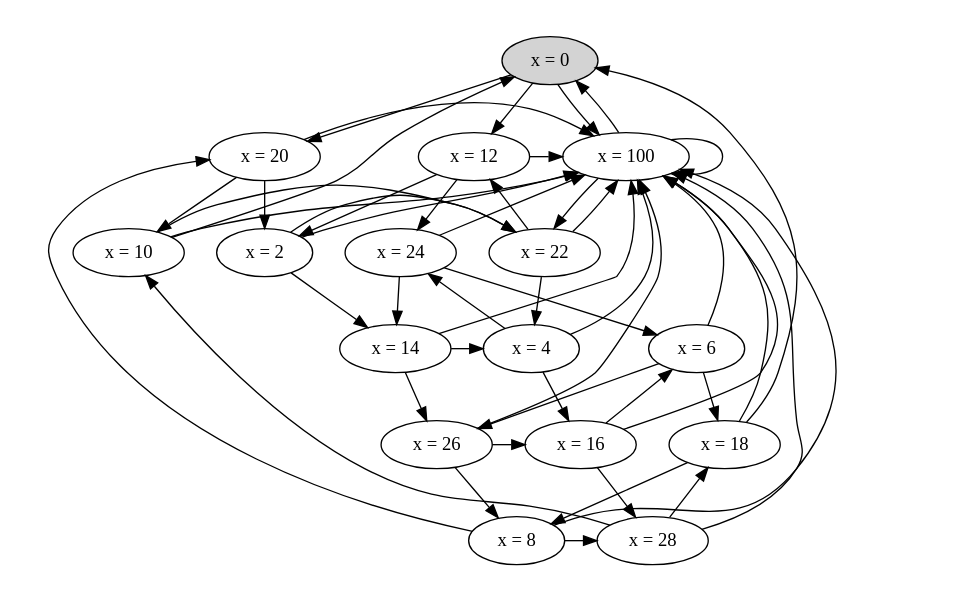
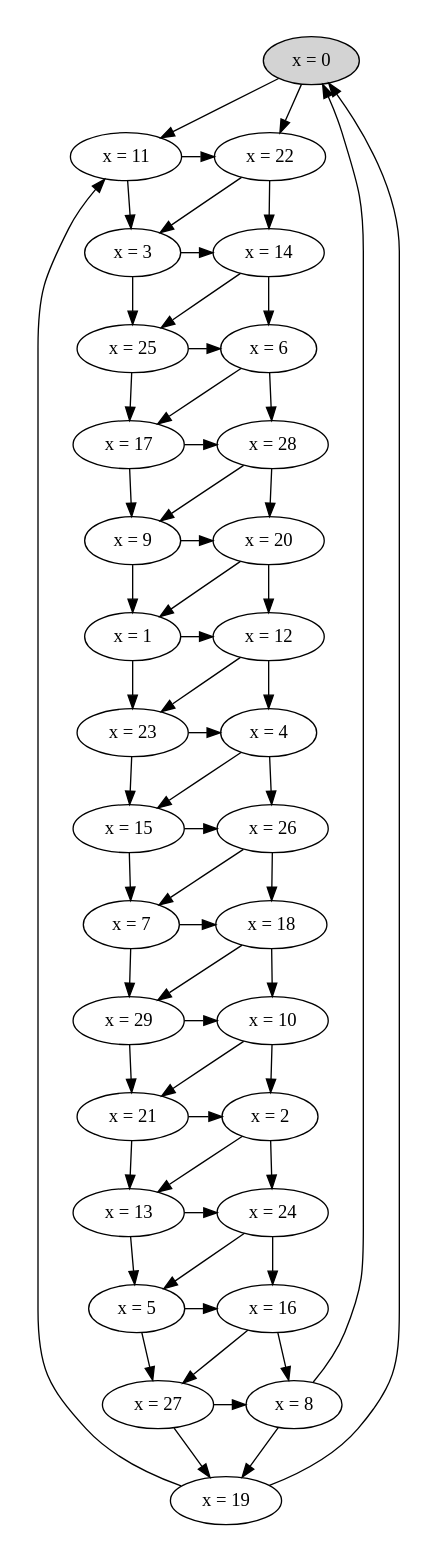
One commit to will62794/spectacle changed the diagram in specs/with_state_graphs/simple_definition2.tla.dot. Above: the diagram before and after it, drawn with Graphviz. The commit also changed 5 other files, not shown here.

```diff
--- a/specs/with_state_graphs/simple_definition2.tla.dot
+++ b/specs/with_state_graphs/simple_definition2.tla.dot
@@ -1,76 +1,112 @@
 strict digraph DiskGraph {
 nodesep=0.35;
 subgraph cluster_graph {
 color="white";
 8132692779957249086 [label="x = 0",style = filled]
-8132692779957249086 -> 2111930966873044657 [label="",color="black",fontcolor="black"];
-2111930966873044657 [label="x = 100"];
-8132692779957249086 -> -6708115964099867054 [label="",color="black",fontcolor="black"];
+8132692779957249086 -> -4569065269629828430 [label="",color="black",fontcolor="black"];
+-4569065269629828430 [label="x = 11"];
+8132692779957249086 -> 7508990605324043361 [label="",color="black",fontcolor="black"];
+7508990605324043361 [label="x = 22"];
+-4569065269629828430 -> 7508990605324043361 [label="",color="black",fontcolor="black"];
+-4569065269629828430 -> 7158667421841284535 [label="",color="black",fontcolor="black"];
+7158667421841284535 [label="x = 3"];
+7508990605324043361 -> 7158667421841284535 [label="",color="black",fontcolor="black"];
+7508990605324043361 -> -857411934903859159 [label="",color="black",fontcolor="black"];
+-857411934903859159 [label="x = 14"];
+7158667421841284535 -> -857411934903859159 [label="",color="black",fontcolor="black"];
+7158667421841284535 -> 3865938299181964236 [label="",color="black",fontcolor="black"];
+3865938299181964236 [label="x = 25"];
+-857411934903859159 -> 3865938299181964236 [label="",color="black",fontcolor="black"];
+-857411934903859159 -> 6329252015968950060 [label="",color="black",fontcolor="black"];
+6329252015968950060 [label="x = 6"];
+3865938299181964236 -> 6329252015968950060 [label="",color="black",fontcolor="black"];
+3865938299181964236 -> -7608467454147132215 [label="",color="black",fontcolor="black"];
+-7608467454147132215 [label="x = 17"];
+6329252015968950060 -> -7608467454147132215 [label="",color="black",fontcolor="black"];
+6329252015968950060 -> 83357677548360023 [label="",color="black",fontcolor="black"];
+83357677548360023 [label="x = 28"];
+-7608467454147132215 -> 83357677548360023 [label="",color="black",fontcolor="black"];
+-7608467454147132215 -> 740240026893633665 [label="",color="black",fontcolor="black"];
+740240026893633665 [label="x = 9"];
+83357677548360023 -> 740240026893633665 [label="",color="black",fontcolor="black"];
+83357677548360023 -> -6708115964099867054 [label="",color="black",fontcolor="black"];
 -6708115964099867054 [label="x = 20"];
-8132692779957249086 -> 4524828288577077786 [label="",color="black",fontcolor="black"];
+740240026893633665 -> -6708115964099867054 [label="",color="black",fontcolor="black"];
+740240026893633665 -> -6230161439325923452 [label="",color="black",fontcolor="black"];
+-6230161439325923452 [label="x = 1"];
+-6708115964099867054 -> -6230161439325923452 [label="",color="black",fontcolor="black"];
+-6708115964099867054 -> 4524828288577077786 [label="",color="black",fontcolor="black"];
 4524828288577077786 [label="x = 12"];
-2111930966873044657 -> 2111930966873044657 [label="",color="black",fontcolor="black"];
-2111930966873044657 -> 8132692779957249086 [label="",color="black",fontcolor="black"];
-2111930966873044657 -> 7508990605324043361 [label="",color="black",fontcolor="black"];
-7508990605324043361 [label="x = 22"];
--6708115964099867054 -> 2111930966873044657 [label="",color="black",fontcolor="black"];
--6708115964099867054 -> 1855569396714172680 [label="",color="black",fontcolor="black"];
+-6230161439325923452 -> 4524828288577077786 [label="",color="black",fontcolor="black"];
+-6230161439325923452 -> -5664843355636500517 [label="",color="black",fontcolor="black"];
+-5664843355636500517 [label="x = 23"];
+4524828288577077786 -> -5664843355636500517 [label="",color="black",fontcolor="black"];
+4524828288577077786 -> -7132380105738314465 [label="",color="black",fontcolor="black"];
+-7132380105738314465 [label="x = 4"];
+-5664843355636500517 -> -7132380105738314465 [label="",color="black",fontcolor="black"];
+-5664843355636500517 -> 3264821330489916307 [label="",color="black",fontcolor="black"];
+3264821330489916307 [label="x = 15"];
+-7132380105738314465 -> 3264821330489916307 [label="",color="black",fontcolor="black"];
+-7132380105738314465 -> 2748040814338712133 [label="",color="black",fontcolor="black"];
+2748040814338712133 [label="x = 26"];
+3264821330489916307 -> 2748040814338712133 [label="",color="black",fontcolor="black"];
+3264821330489916307 -> -8178219181039606634 [label="",color="black",fontcolor="black"];
+-8178219181039606634 [label="x = 7"];
+2748040814338712133 -> -8178219181039606634 [label="",color="black",fontcolor="black"];
+2748040814338712133 -> -8796416551377027776 [label="",color="black",fontcolor="black"];
+-8796416551377027776 [label="x = 18"];
+-8178219181039606634 -> -8796416551377027776 [label="",color="black",fontcolor="black"];
+-8178219181039606634 -> -2846555833137208595 [label="",color="black",fontcolor="black"];
+-2846555833137208595 [label="x = 29"];
+-8796416551377027776 -> -2846555833137208595 [label="",color="black",fontcolor="black"];
+-8796416551377027776 -> 1855569396714172680 [label="",color="black",fontcolor="black"];
 1855569396714172680 [label="x = 10"];
--6708115964099867054 -> -5039642576729477619 [label="",color="black",fontcolor="black"];
+-2846555833137208595 -> 1855569396714172680 [label="",color="black",fontcolor="black"];
+-2846555833137208595 -> 8912863093112667624 [label="",color="black",fontcolor="black"];
+8912863093112667624 [label="x = 21"];
+1855569396714172680 -> 8912863093112667624 [label="",color="black",fontcolor="black"];
+1855569396714172680 -> -5039642576729477619 [label="",color="black",fontcolor="black"];
 -5039642576729477619 [label="x = 2"];
-4524828288577077786 -> 2111930966873044657 [label="",color="black",fontcolor="black"];
-4524828288577077786 -> -5039642576729477619 [label="",color="black",fontcolor="black"];
-4524828288577077786 -> -1373114418567993226 [label="",color="black",fontcolor="black"];
+8912863093112667624 -> -5039642576729477619 [label="",color="black",fontcolor="black"];
+8912863093112667624 -> -1757443398872157792 [label="",color="black",fontcolor="black"];
+-1757443398872157792 [label="x = 13"];
+-5039642576729477619 -> -1757443398872157792 [label="",color="black",fontcolor="black"];
+-5039642576729477619 -> -1373114418567993226 [label="",color="black",fontcolor="black"];
 -1373114418567993226 [label="x = 24"];
-7508990605324043361 -> 2111930966873044657 [label="",color="black",fontcolor="black"];
-7508990605324043361 -> 4524828288577077786 [label="",color="black",fontcolor="black"];
-7508990605324043361 -> -7132380105738314465 [label="",color="black",fontcolor="black"];
--7132380105738314465 [label="x = 4"];
-1855569396714172680 -> 2111930966873044657 [label="",color="black",fontcolor="black"];
-1855569396714172680 -> 8132692779957249086 [label="",color="black",fontcolor="black"];
-1855569396714172680 -> 7508990605324043361 [label="",color="black",fontcolor="black"];
--5039642576729477619 -> 2111930966873044657 [label="",color="black",fontcolor="black"];
--5039642576729477619 -> 7508990605324043361 [label="",color="black",fontcolor="black"];
--5039642576729477619 -> -857411934903859159 [label="",color="black",fontcolor="black"];
--857411934903859159 [label="x = 14"];
--1373114418567993226 -> 2111930966873044657 [label="",color="black",fontcolor="black"];
--1373114418567993226 -> -857411934903859159 [label="",color="black",fontcolor="black"];
--1373114418567993226 -> 6329252015968950060 [label="",color="black",fontcolor="black"];
-6329252015968950060 [label="x = 6"];
--7132380105738314465 -> 2111930966873044657 [label="",color="black",fontcolor="black"];
--7132380105738314465 -> -1373114418567993226 [label="",color="black",fontcolor="black"];
--7132380105738314465 -> 5710123397395560307 [label="",color="black",fontcolor="black"];
+-1757443398872157792 -> -1373114418567993226 [label="",color="black",fontcolor="black"];
+-1757443398872157792 -> 4923445692854152869 [label="",color="black",fontcolor="black"];
+4923445692854152869 [label="x = 5"];
+-1373114418567993226 -> 4923445692854152869 [label="",color="black",fontcolor="black"];
+-1373114418567993226 -> 5710123397395560307 [label="",color="black",fontcolor="black"];
 5710123397395560307 [label="x = 16"];
--857411934903859159 -> 2111930966873044657 [label="",color="black",fontcolor="black"];
--857411934903859159 -> -7132380105738314465 [label="",color="black",fontcolor="black"];
--857411934903859159 -> 2748040814338712133 [label="",color="black",fontcolor="black"];
-2748040814338712133 [label="x = 26"];
-6329252015968950060 -> 2111930966873044657 [label="",color="black",fontcolor="black"];
-6329252015968950060 -> 2748040814338712133 [label="",color="black",fontcolor="black"];
-6329252015968950060 -> -8796416551377027776 [label="",color="black",fontcolor="black"];
--8796416551377027776 [label="x = 18"];
-5710123397395560307 -> 2111930966873044657 [label="",color="black",fontcolor="black"];
-5710123397395560307 -> 6329252015968950060 [label="",color="black",fontcolor="black"];
-5710123397395560307 -> 83357677548360023 [label="",color="black",fontcolor="black"];
-83357677548360023 [label="x = 28"];
-2748040814338712133 -> 2111930966873044657 [label="",color="black",fontcolor="black"];
-2748040814338712133 -> 5710123397395560307 [label="",color="black",fontcolor="black"];
-2748040814338712133 -> -3237250641632068805 [label="",color="black",fontcolor="black"];
+4923445692854152869 -> 5710123397395560307 [label="",color="black",fontcolor="black"];
+4923445692854152869 -> -39365406553075201 [label="",color="black",fontcolor="black"];
+-39365406553075201 [label="x = 27"];
+5710123397395560307 -> -39365406553075201 [label="",color="black",fontcolor="black"];
+5710123397395560307 -> -3237250641632068805 [label="",color="black",fontcolor="black"];
 -3237250641632068805 [label="x = 8"];
--8796416551377027776 -> 2111930966873044657 [label="",color="black",fontcolor="black"];
--8796416551377027776 -> -3237250641632068805 [label="",color="black",fontcolor="black"];
--8796416551377027776 -> 8132692779957249086 [label="",color="black",fontcolor="black"];
-83357677548360023 -> 2111930966873044657 [label="",color="black",fontcolor="black"];
-83357677548360023 -> -8796416551377027776 [label="",color="black",fontcolor="black"];
-83357677548360023 -> 1855569396714172680 [label="",color="black",fontcolor="black"];
--3237250641632068805 -> 2111930966873044657 [label="",color="black",fontcolor="black"];
--3237250641632068805 -> 83357677548360023 [label="",color="black",fontcolor="black"];
--3237250641632068805 -> -6708115964099867054 [label="",color="black",fontcolor="black"];
+-39365406553075201 -> -3237250641632068805 [label="",color="black",fontcolor="black"];
+-39365406553075201 -> 6682211621639950074 [label="",color="black",fontcolor="black"];
+6682211621639950074 [label="x = 19"];
+-3237250641632068805 -> 6682211621639950074 [label="",color="black",fontcolor="black"];
+-3237250641632068805 -> 8132692779957249086 [label="",color="black",fontcolor="black"];
+6682211621639950074 -> 8132692779957249086 [label="",color="black",fontcolor="black"];
+6682211621639950074 -> -4569065269629828430 [label="",color="black",fontcolor="black"];
 {rank = same; 8132692779957249086;}
-{rank = same; -6708115964099867054;2111930966873044657;4524828288577077786;}
-{rank = same; -1373114418567993226;7508990605324043361;1855569396714172680;-5039642576729477619;}
-{rank = same; -857411934903859159;6329252015968950060;-7132380105738314465;}
-{rank = same; -8796416551377027776;2748040814338712133;5710123397395560307;}
-{rank = same; 83357677548360023;-3237250641632068805;}
+{rank = same; 7508990605324043361;-4569065269629828430;}
+{rank = same; -857411934903859159;7158667421841284535;}
+{rank = same; 6329252015968950060;3865938299181964236;}
+{rank = same; 83357677548360023;-7608467454147132215;}
+{rank = same; 740240026893633665;-6708115964099867054;}
+{rank = same; -6230161439325923452;4524828288577077786;}
+{rank = same; -7132380105738314465;-5664843355636500517;}
+{rank = same; 3264821330489916307;2748040814338712133;}
+{rank = same; -8178219181039606634;-8796416551377027776;}
+{rank = same; -2846555833137208595;1855569396714172680;}
+{rank = same; 8912863093112667624;-5039642576729477619;}
+{rank = same; -1757443398872157792;-1373114418567993226;}
+{rank = same; 4923445692854152869;5710123397395560307;}
+{rank = same; -39365406553075201;-3237250641632068805;}
+{rank = same; 6682211621639950074;}
 }
 }
```
